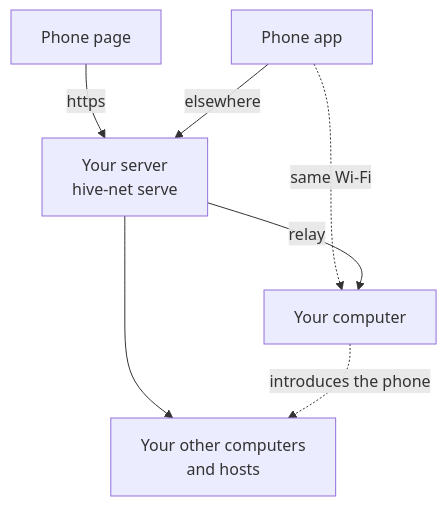
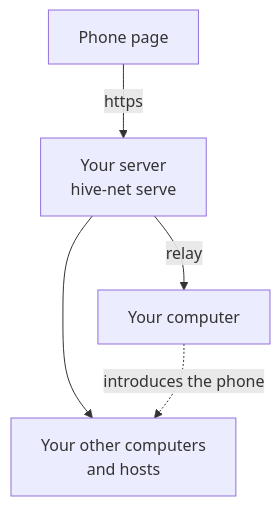
Before and after one commit to dip497/hivemind: the first of 2 diagrams in docs/src/content/docs/guide/phone.md, drawn with Mermaid. The commit also changed other lines of this file and 20 other files, not shown here.

````diff
--- a/docs/src/content/docs/guide/phone.md
+++ b/docs/src/content/docs/guide/phone.md
@@ -9,14 +12,11 @@
 ```mermaid title="How the phone reaches your computer"
 flowchart TB
   page["Phone page"]
-  apps["Phone app"]
   server["Your server<br>hive-net serve"]
   computer["Your computer"]
   others["Your other computers<br>and hosts"]
   page -->|https| server
-  apps -->|elsewhere| server
-  apps -.->|same Wi-Fi| computer
   server -->|relay| computer
   server --> others
   computer -.->|introduces the phone| others
 ```
````
